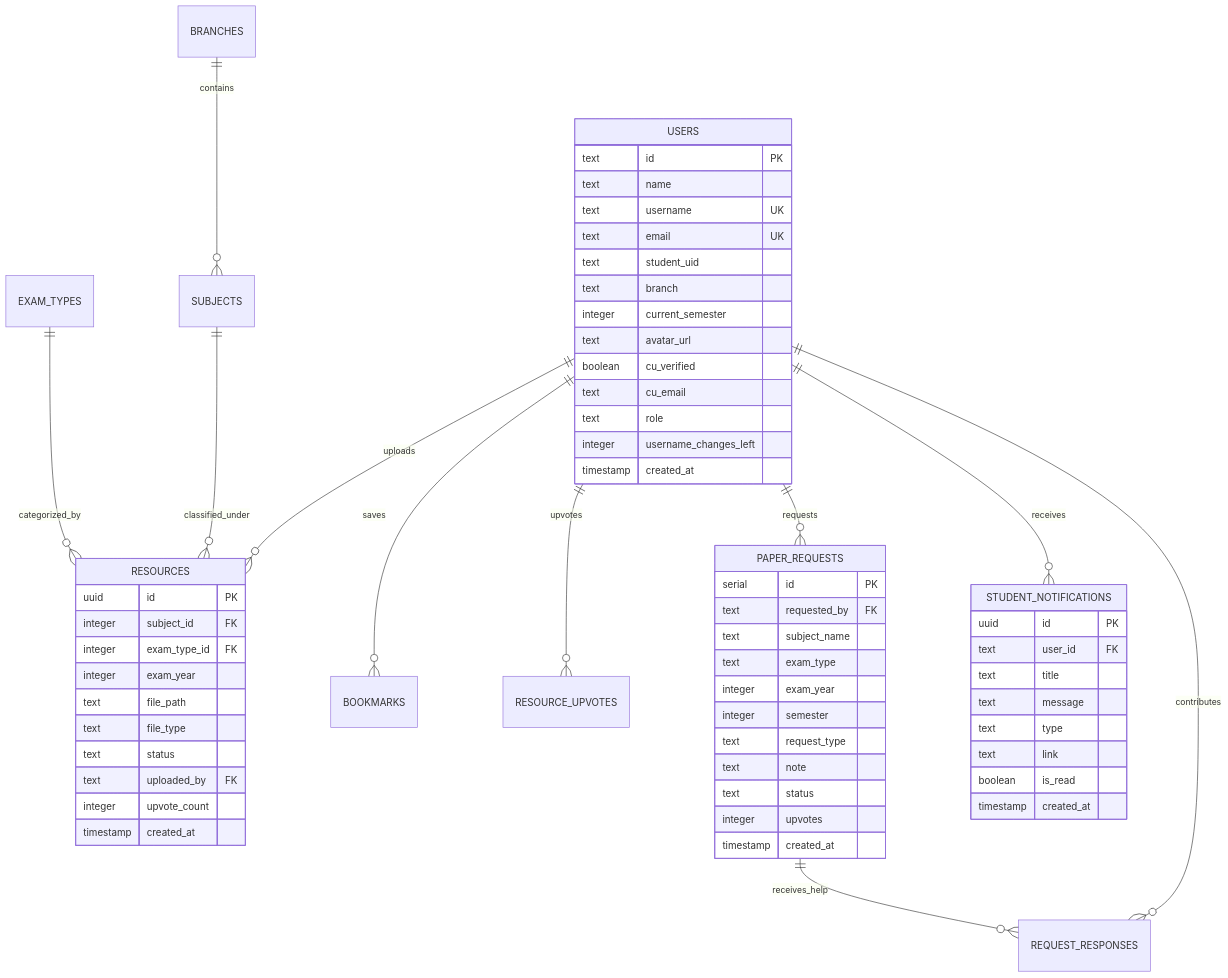
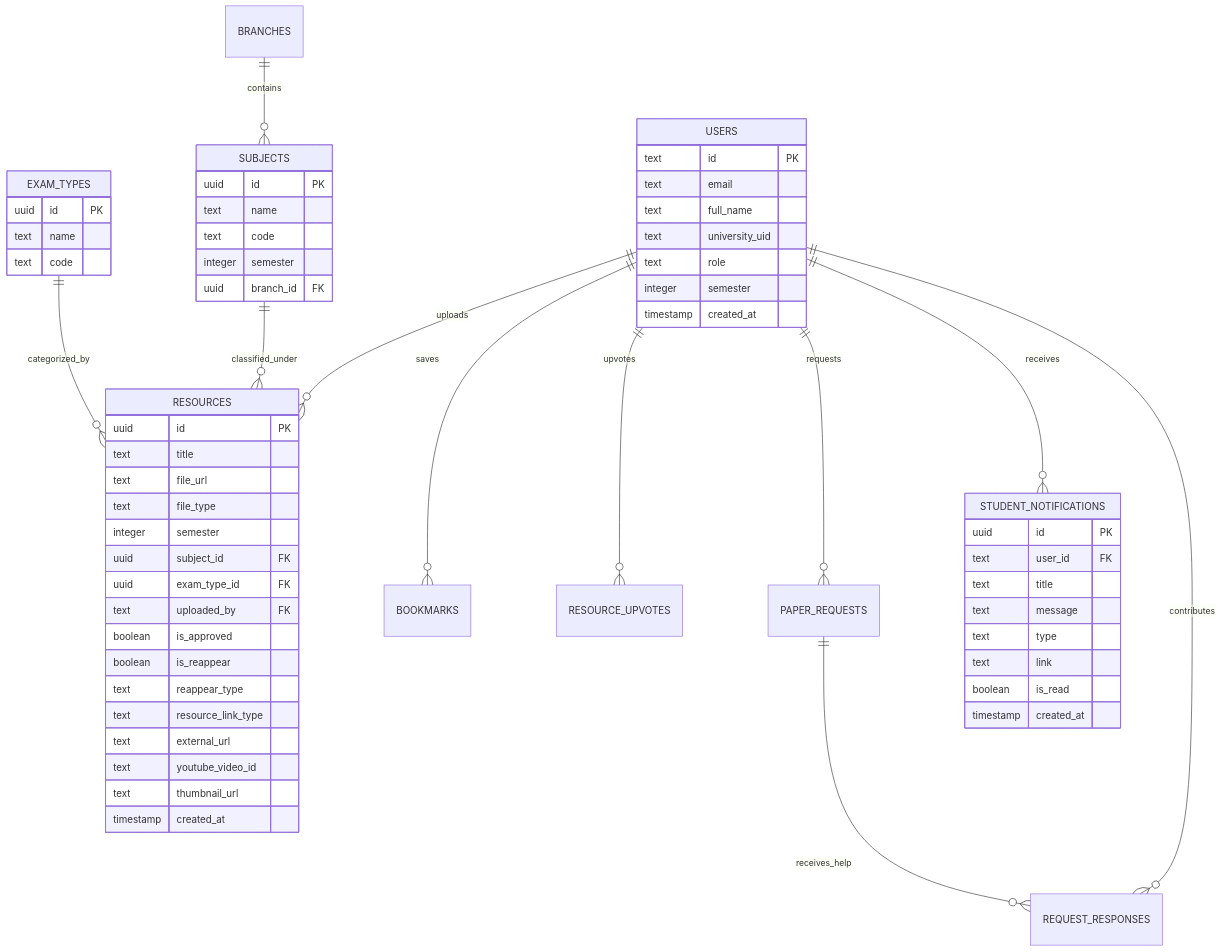
One commit to heysudhuu/prevu changed the second of 2 diagrams in README.md. Above: the diagram before and after it, drawn with Mermaid. The commit also changed other lines of this file, not shown here.

Commit message:
docs: comprehensive README overhaul with compact navigation, reappear hub, multi-modal links, and contribution snake game

````diff
--- a/README.md
+++ b/README.md
@@ -156,67 +166,67 @@
 ```mermaid
 erDiagram
     USERS ||--o{ RESOURCES : "uploads"
     USERS ||--o{ BOOKMARKS : "saves"
     USERS ||--o{ RESOURCE_UPVOTES : "upvotes"
     USERS ||--o{ PAPER_REQUESTS : "requests"
     USERS ||--o{ REQUEST_RESPONSES : "contributes"
     USERS ||--o{ STUDENT_NOTIFICATIONS : "receives"
     BRANCHES ||--o{ SUBJECTS : "contains"
     SUBJECTS ||--o{ RESOURCES : "classified_under"
     EXAM_TYPES ||--o{ RESOURCES : "categorized_by"
     PAPER_REQUESTS ||--o{ REQUEST_RESPONSES : "receives_help"
 
     USERS {
         text id PK
-        text name
-        text username UK
-        text email UK
-        text student_uid
-        text branch
-        integer current_semester
-        text avatar_url
-        boolean cu_verified
-        text cu_email
+        text email
+        text full_name
+        text university_uid
         text role
-        integer username_changes_left
+        integer semester
         timestamp created_at
     }
 
     RESOURCES {
         uuid id PK
-        integer subject_id FK
-        integer exam_type_id FK
-        integer exam_year
-        text file_path
+        text title
+        text file_url
         text file_type
-        text status
+        integer semester
+        uuid subject_id FK
+        uuid exam_type_id FK
         text uploaded_by FK
-        integer upvote_count
+        boolean is_approved
+        boolean is_reappear
+        text reappear_type
+        text resource_link_type
+        text external_url
+        text youtube_video_id
+        text thumbnail_url
         timestamp created_at
     }
 
-    PAPER_REQUESTS {
-        serial id PK
-        text requested_by FK
-        text subject_name
-        text exam_type
-        integer exam_year
+    SUBJECTS {
+        uuid id PK
+        text name
+        text code
         integer semester
-        text request_type
-        text note
-        text status
-        integer upvotes
-        timestamp created_at
+        uuid branch_id FK
+    }
+
+    EXAM_TYPES {
+        uuid id PK
+        text name
+        text code
     }
 
     STUDENT_NOTIFICATIONS {
         uuid id PK
         text user_id FK
         text title
         text message
         text type
         text link
         boolean is_read
         timestamp created_at
     }
 ```
````
